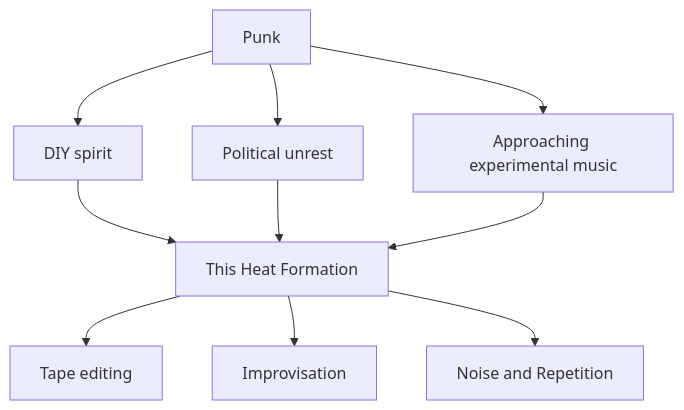
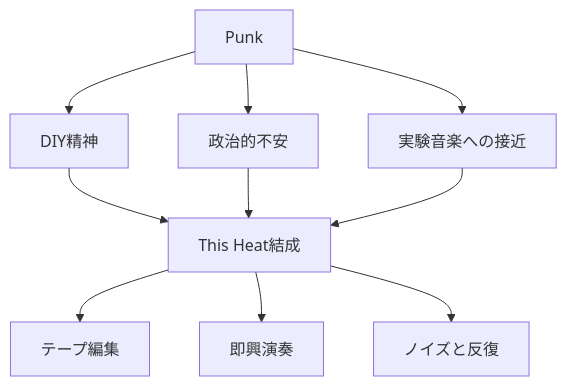
The first of 10 diagrams in en/_posts/2026-05-16-column-this-heat.md (monumental-movement/monumental-movement.github.io), drawn with Mermaid before and after one commit. The commit also changed other lines of this file and 2196 other files, not shown here.

```diff
--- a/en/_posts/2026-05-16-column-this-heat.md
+++ b/en/_posts/2026-05-16-column-this-heat.md
@@ -44,12 +44,12 @@
 <div class="mermaid">
 graph TD
-A["Punk"] --> B["DIY spirit"]
-A --> C["Political unrest"]
-A --> D["Approaching experimental music"]
-B --> E["This Heat Formation"]
+A["Punk"] --> B["DIY精神"]
+A --> C["政治的不安"]
+A --> D["実験音楽への接近"]
+B --> E["This Heat結成"]
 C --> E
 D --> E
-E --> F["Tape editing"]
-E --> G["Improvisation"]
-E --> H["Noise and Repetition"]
+E --> F["テープ編集"]
+E --> G["即興演奏"]
+E --> H["ノイズと反復"]
 </div>
```
